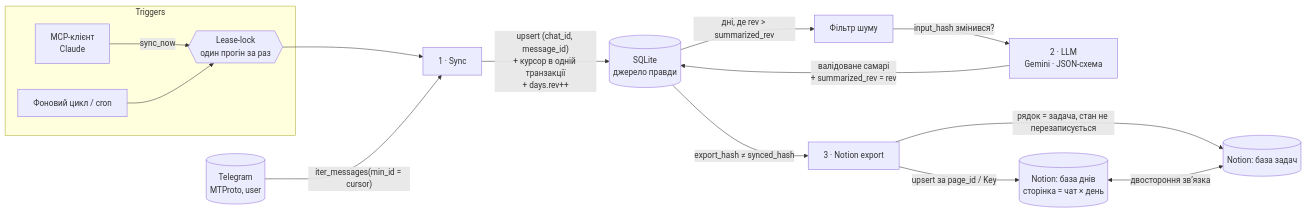
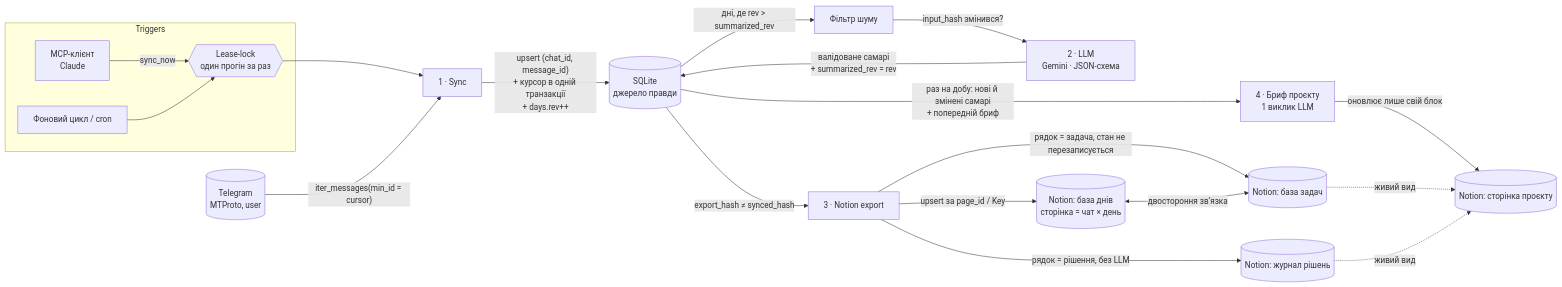
The diagram in README.md (mitnikovaola-afk/telegram-mcp-connector), drawn with Mermaid before and after one commit. The commit also changed other lines of this file and 16 other files, not shown here.

````diff
--- a/README.md
+++ b/README.md
@@ -393,17 +496,22 @@
 ```mermaid
 flowchart LR
     subgraph Triggers
         C[MCP-клієнт<br/>Claude] -->|sync_now| P
         T[Фоновий цикл / cron] --> P
     end
     P{{Lease-lock<br/>один прогін за раз}} --> S
     TG[(Telegram<br/>MTProto, user)] -->|"iter_messages(min_id = cursor)"| S[1 · Sync]
     S -->|"upsert (chat_id, message_id)<br/>+ курсор в одній транзакції<br/>+ days.rev++"| DB[(SQLite<br/>джерело правди)]
     DB -->|"дні, де rev > summarized_rev"| F[Фільтр шуму]
     F -->|"input_hash змінився?"| L[2 · LLM<br/>Gemini · JSON-схема]
     L -->|"валідоване самарі<br/>+ summarized_rev = rev"| DB
     DB -->|"export_hash ≠ synced_hash"| N[3 · Notion export]
     N -->|"upsert за page_id / Key"| NO[(Notion: база днів<br/>сторінка = чат × день)]
     N -->|"рядок = задача, стан не перезаписується"| NT[(Notion: база задач)]
     NO <-->|"двостороння звʼязка"| NT
+    N -->|"рядок = рішення, без LLM"| ND[(Notion: журнал рішень)]
+    DB -->|"раз на добу: нові й змінені самарі<br/>+ попередній бриф"| B[4 · Бриф проєкту<br/>1 виклик LLM]
+    B -->|"оновлює лише свій блок"| NP[(Notion: сторінка проєкту)]
+    NT -.->|"живий вид"| NP
+    ND -.->|"живий вид"| NP
 ```
````
